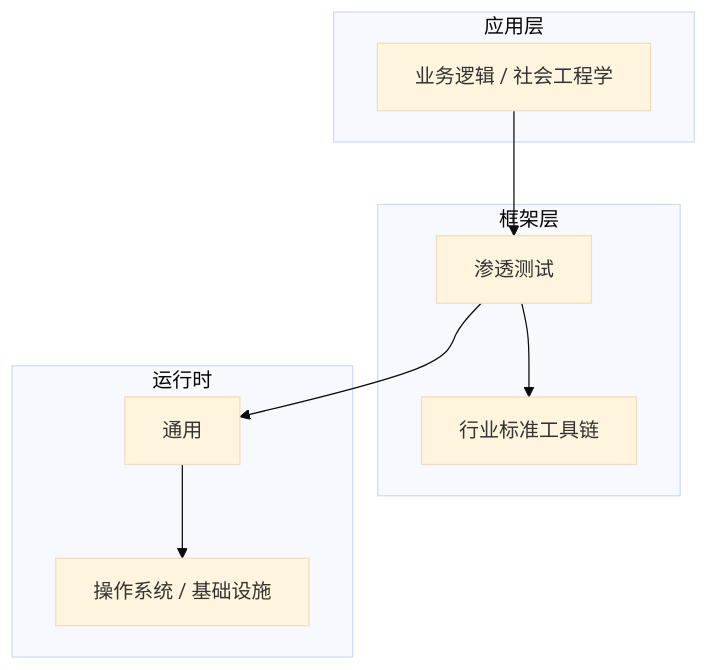
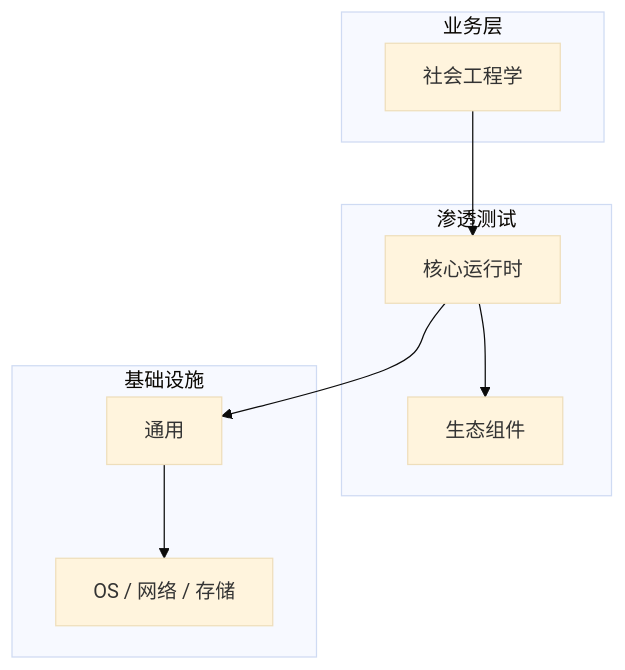
Before and after one commit to yanggan2015/knowledge-json-v2: the diagram in articles/渗透测试/chapters/022-社会工程学核心概念与原理.md, drawn with Mermaid (base theme). The commit also changed other lines of this file and 10127 other files, not shown here.

````diff
--- a/articles/渗透测试/chapters/022-社会工程学核心概念与原理.md
+++ b/articles/渗透测试/chapters/022-社会工程学核心概念与原理.md
@@ -46,18 +31,18 @@
 ```mermaid
 graph TB
-    subgraph 应用层
-        A[业务逻辑 / 社会工程学]
+    subgraph 业务层
+        A[社会工程学]
     end
-    subgraph 框架层
-        B[渗透测试]
-        C[行业标准工具链]
+    subgraph 渗透测试
+        B[核心运行时]
+        C[生态组件]
     end
-    subgraph 运行时
+    subgraph 基础设施
         D[通用]
-        E[操作系统 / 基础设施]
+        E[OS / 网络 / 存储]
     end
     A --> B
     B --> C
     B --> D
     D --> E
 ```
````
